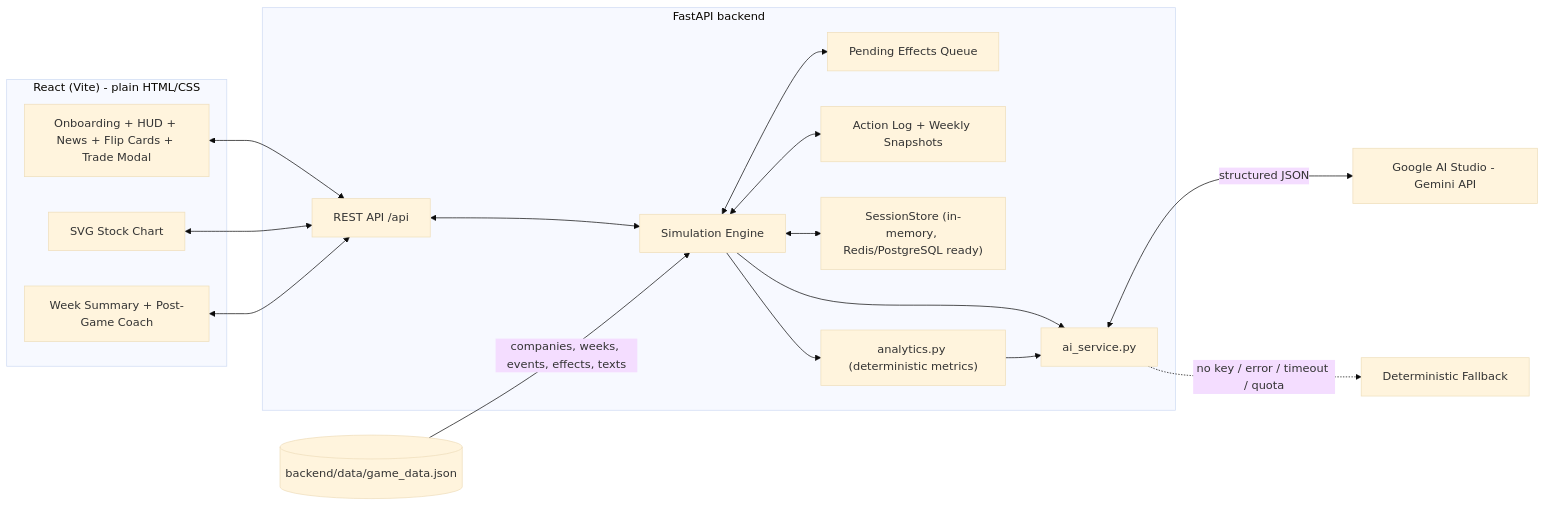
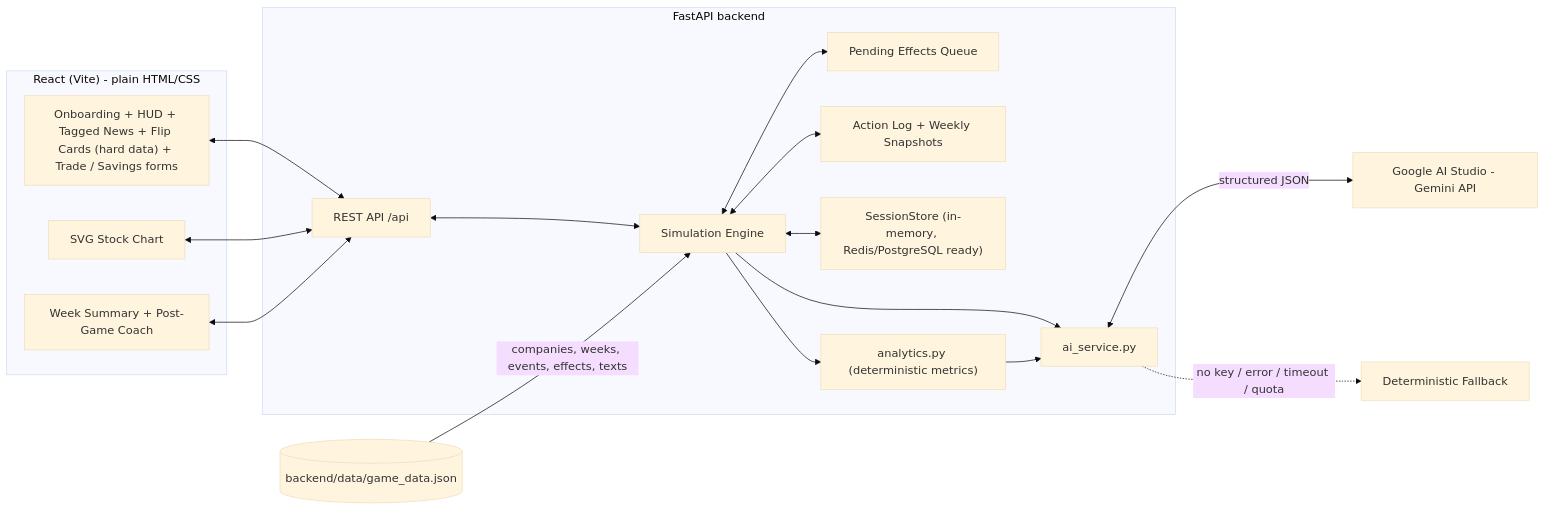
The first of 2 diagrams in README.md (LateMigo/Collabothon-2026), drawn with Mermaid (base theme) before and after one commit. The commit also changed other lines of this file and 27 other files, not shown here.

````diff
--- a/README.md
+++ b/README.md
@@ -59,36 +77,36 @@
 ```mermaid
 flowchart LR
     subgraph FE["React (Vite) - plain HTML/CSS"]
-        UI["Onboarding + HUD + News + Flip Cards + Trade Modal"]
+        UI["Onboarding + HUD + Tagged News + Flip Cards (hard data) + Trade / Savings forms"]
         Chart["SVG Stock Chart"]
         Coach["Week Summary + Post-Game Coach"]
     end
 
     subgraph BE["FastAPI backend"]
         API["REST API /api"]
         Engine["Simulation Engine"]
         Queue["Pending Effects Queue"]
         Log["Action Log + Weekly Snapshots"]
         Store["SessionStore (in-memory, Redis/PostgreSQL ready)"]
         AI["ai_service.py"]
         Analytics["analytics.py (deterministic metrics)"]
     end
 
     Data[("backend/data/game_data.json")]
     Gemini["Google AI Studio - Gemini API"]
     Fallback["Deterministic Fallback"]
 
     UI <--> API
     Chart <--> API
     Coach <--> API
     API <--> Engine
     Engine <--> Queue
     Engine <--> Log
     Engine <--> Store
     Data -->|companies, weeks, events, effects, texts| Engine
     Engine --> Analytics
     Engine --> AI
     Analytics --> AI
     AI <-->|structured JSON| Gemini
     AI -.->|no key / error / timeout / quota| Fallback
 ```
````
